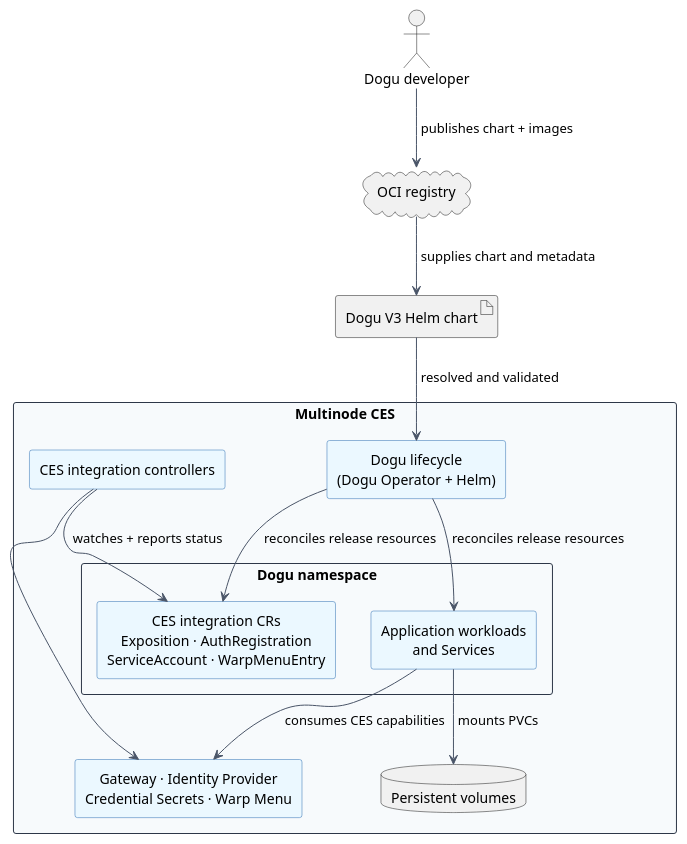
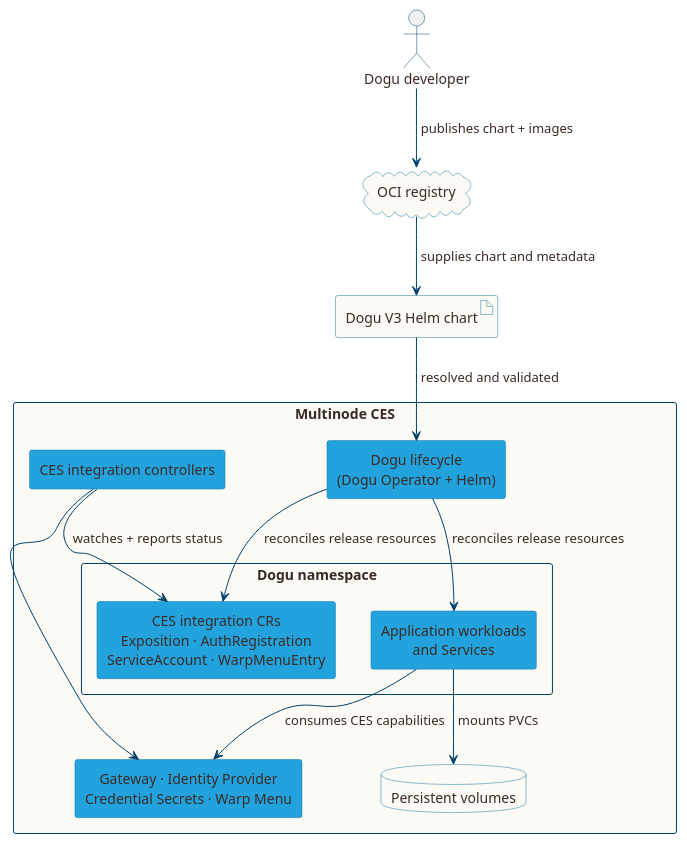
One commit to cloudogu/dogu-development-docs changed the diagram in docs/v3/images/multinode-system-context.puml. Above: the diagram before and after it, drawn with PlantUML. The commit also changed 7 other files, not shown here.

Commit message:
#88 Polish Dogu V3 partner documentation and diagrams

```diff
--- a/docs/v3/images/multinode-system-context.puml
+++ b/docs/v3/images/multinode-system-context.puml
@@ -1,55 +1,75 @@
 @startuml
 skinparam backgroundColor white
 skinparam shadowing false
 skinparam componentStyle rectangle
 hide stereotype
 skinparam defaultTextAlignment center
-skinparam ArrowColor #4A5568
+skinparam ArrowColor #00426B
+skinparam ArrowFontColor #392A25
+skinparam ActorBorderColor #00426B
+skinparam ActorFontColor #392A25
 skinparam rectangle {
-  BackgroundColor #F7FAFC
-  BorderColor #2D3748
+  BackgroundColor #FCFAF4
+  BorderColor #00426B
+  FontColor #392A25
 }
 skinparam component {
-  BackgroundColor #EBF8FF
-  BorderColor #2B6CB0
+  BackgroundColor #23A3DD
+  BorderColor #1978A3
+  FontColor #392A25
+}
+skinparam cloud {
+  BackgroundColor #FCFAF4
+  BorderColor #1978A3
+  FontColor #392A25
+}
+skinparam artifact {
+  BackgroundColor #FCFAF4
+  BorderColor #1978A3
+  FontColor #392A25
+}
+skinparam database {
+  BackgroundColor #FCFAF4
+  BorderColor #1978A3
+  FontColor #392A25
 }
 
 <style>
 arrow {
   Padding 5
 }
 rectangle {
   .doguNamespace {
     HorizontalAlignment left
   }
 }
 </style>
 
 actor "Dogu developer" as developer
 cloud "OCI registry" as registry
 artifact "Dogu V3 Helm chart" as chart
 
 rectangle "Multinode CES" {
   component "Dogu lifecycle\n(Dogu Operator + Helm)" as lifecycle
 
   rectangle "Dogu namespace" <<doguNamespace>> {
     component "Application workloads\nand Services" as workloads
     component "CES integration CRs\nExposition · AuthRegistration\nServiceAccount · WarpMenuEntry" as crs
   }
 
   component "CES integration controllers" as controllers
   component "Gateway · Identity Provider\nCredential Secrets · Warp Menu" as services
   database "Persistent volumes" as storage
 }
 
 developer --> registry : &#160;publishes chart + images
 registry --> chart : &#160;supplies chart and metadata
 chart --> lifecycle : &#160;resolved and validated
 lifecycle --> workloads : &#160;reconciles release resources
 lifecycle --> crs : &#160;reconciles release resources
 controllers --> crs : &#160;watches + reports status
 controllers --> services
 workloads --> storage : &#160;mounts PVCs
 workloads --> services : &#160;consumes CES capabilities
 
 @enduml
```
